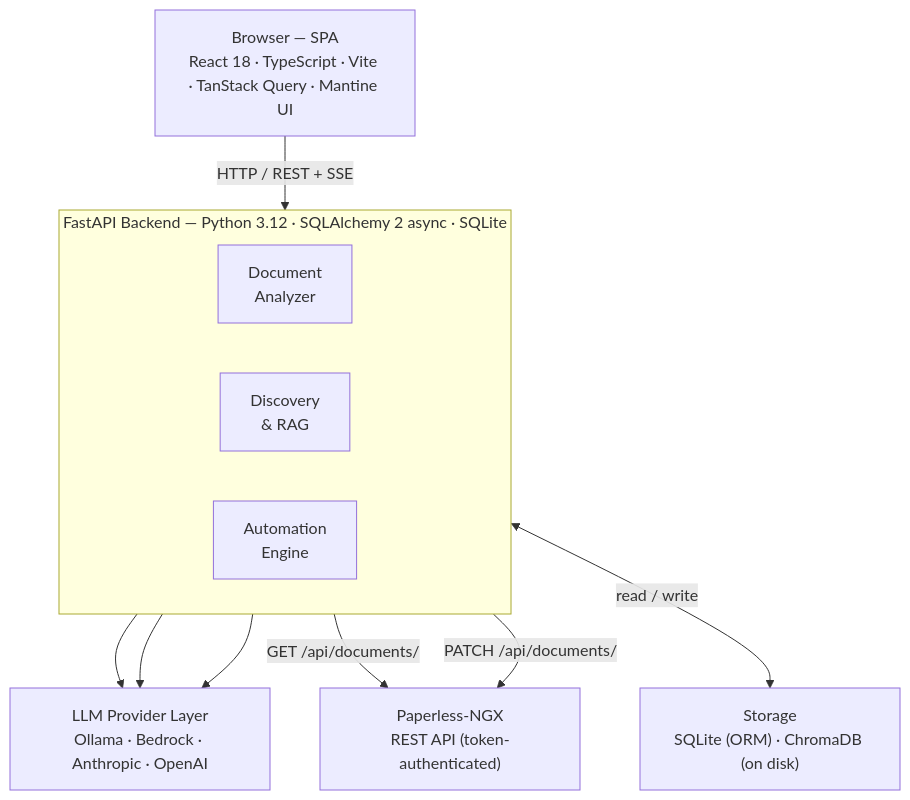
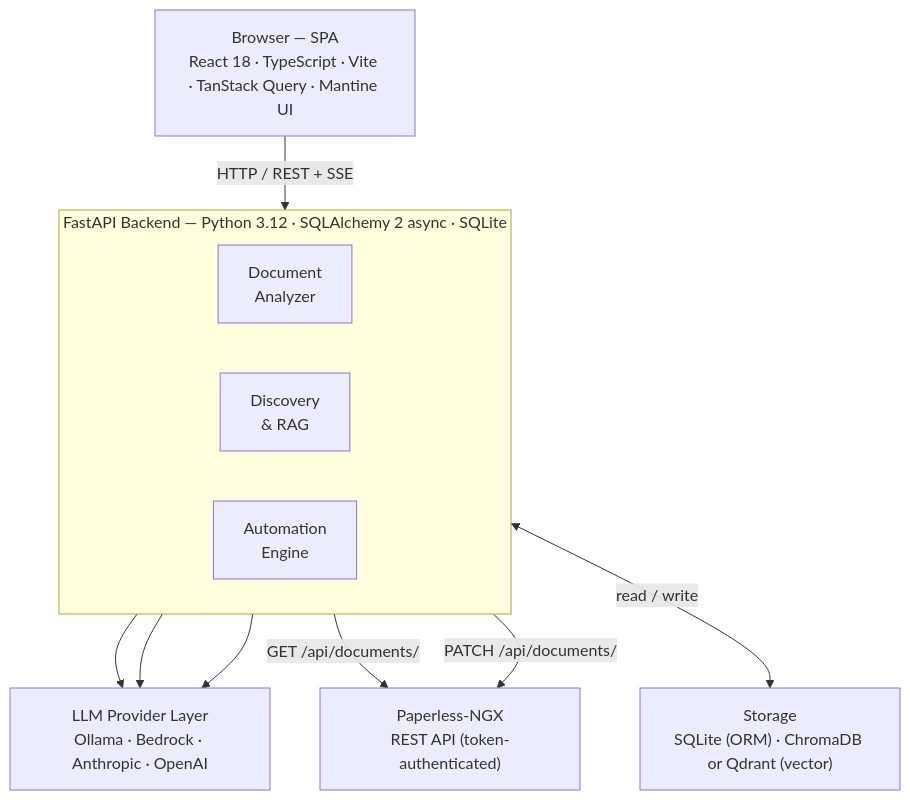
Before and after one commit to knows-cloud/paperless-iq: the diagram in README.md, drawn with Mermaid. The commit also changed other lines of this file, not shown here.

````diff
--- a/README.md
+++ b/README.md
@@ -192,23 +342,23 @@
 ```mermaid
 graph TD
     Browser["Browser — SPA\nReact 18 · TypeScript · Vite · TanStack Query · Mantine UI"]
 
     subgraph FastAPI["FastAPI Backend — Python 3.12 · SQLAlchemy 2 async · SQLite"]
         direction LR
         Analyzer["Document\nAnalyzer"]
         Discovery["Discovery\n& RAG"]
         Automation["Automation\nEngine"]
     end
 
     LLM["LLM Provider Layer\nOllama · Bedrock · Anthropic · OpenAI"]
-    Storage["Storage\nSQLite (ORM) · ChromaDB (on disk)"]
+    Storage["Storage\nSQLite (ORM) · ChromaDB or Qdrant (vector)"]
     NGX["Paperless-NGX\nREST API (token-authenticated)"]
 
     Browser -->|"HTTP / REST + SSE"| FastAPI
     Analyzer --> LLM
     Discovery --> LLM
     Automation --> LLM
     FastAPI <-->|"read / write"| Storage
     Analyzer -->|"GET /api/documents/"| NGX
     FastAPI -->|"PATCH /api/documents/"| NGX
 ```
````
